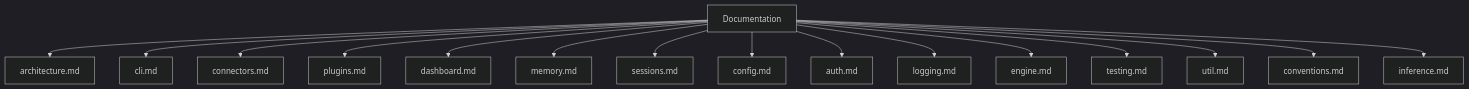
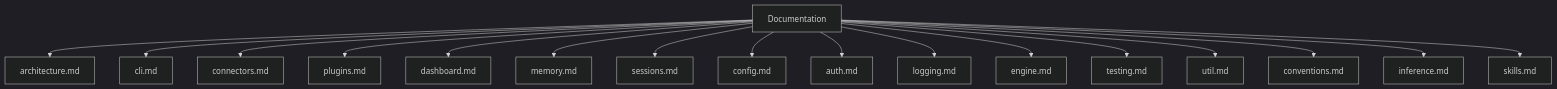
The diagram in docs/README.md (ex3ndr/claybot), drawn with Mermaid (dark theme) before and after one commit. The commit also changed other lines of this file and 9 other files, not shown here.

````diff
--- a/docs/README.md
+++ b/docs/README.md
@@ -23,18 +24,19 @@
 ```mermaid
 flowchart TD
   Docs[Documentation] --> Arch[architecture.md]
   Docs --> CLI[cli.md]
   Docs --> Conn[connectors.md]
   Docs --> Plugins[plugins.md]
   Docs --> Dash[dashboard.md]
   Docs --> Memory[memory.md]
   Docs --> Sess[sessions.md]
   Docs --> Config[config.md]
   Docs --> Auth[auth.md]
   Docs --> Log[logging.md]
   Docs --> Engine[engine.md]
   Docs --> Test[testing.md]
   Docs --> Util[util.md]
   Docs --> Conv[conventions.md]
   Docs --> Infer[inference.md]
+  Docs --> Skills[skills.md]
 ```
````
